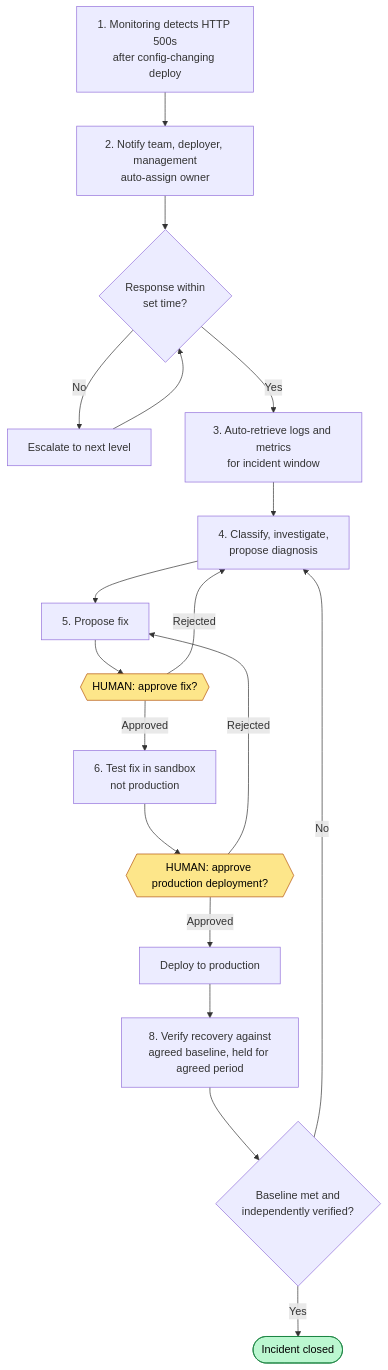
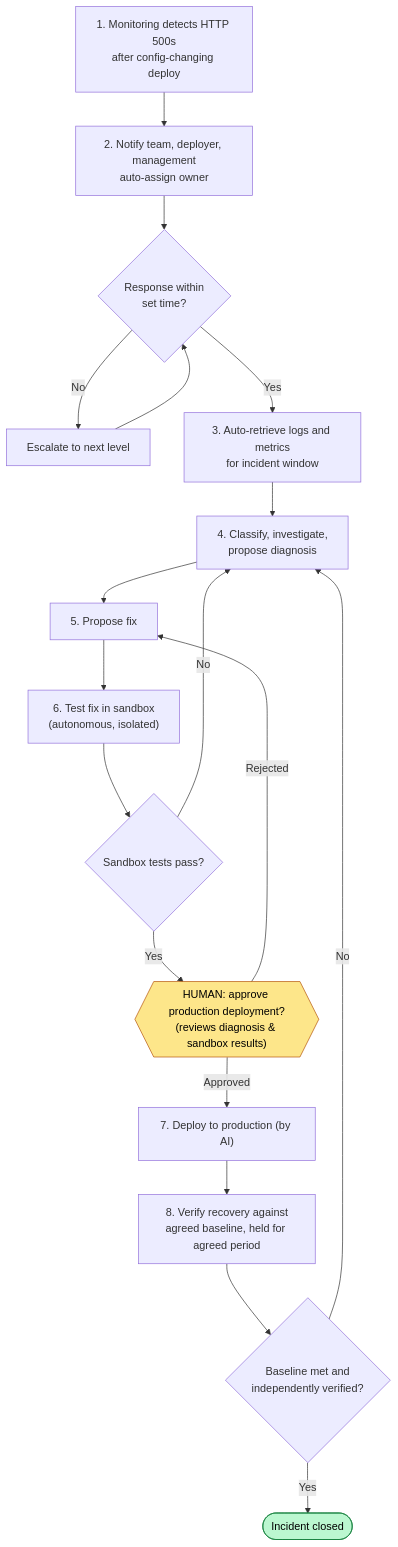
The fifth of 17 diagrams in artifacts/product_requirement.md (DiwasDev/AI-SRE), drawn with Mermaid before and after one commit. The commit also changed other lines of this file and 1 other file, not shown here.

Commit message:
Update approval flow to single-gate and support multi-provider LLM fallback

````diff
--- a/artifacts/product_requirement.md
+++ b/artifacts/product_requirement.md
@@ -136,31 +136,30 @@
 ```mermaid
 flowchart TD
     S1["1. Monitoring detects HTTP 500s<br/>after config-changing deploy"]
     S2["2. Notify team, deployer, management<br/>auto-assign owner"]
     ESC{"Response within<br/>set time?"}
     ESC2["Escalate to next level"]
     S3["3. Auto-retrieve logs and metrics<br/>for incident window"]
     S4["4. Classify, investigate,<br/>propose diagnosis"]
     S5["5. Propose fix"]
-    H1{{"HUMAN: approve fix?"}}
-    S6["6. Test fix in sandbox<br/>not production"]
-    H2{{"HUMAN: approve production deployment?"}}
-    S7["Deploy to production"]
+    S6["6. Test fix in sandbox<br/>(autonomous, isolated)"]
+    SBT{"Sandbox tests pass?"}
+    H1{{"HUMAN: approve production deployment?<br/>(reviews diagnosis & sandbox results)"}}
+    S7["7. Deploy to production (by AI)"]
     S8["8. Verify recovery against<br/>agreed baseline, held for agreed period"]
     OK{"Baseline met and<br/>independently verified?"}
     CLOSE(["Incident closed"])
 
     S1 --> S2 --> ESC
     ESC -- No --> ESC2 --> ESC
-    ESC -- Yes --> S3 --> S4 --> S5 --> H1
-    H1 -- Rejected --> S4
-    H1 -- Approved --> S6 --> H2
-    H2 -- Rejected --> S5
-    H2 -- Approved --> S7 --> S8 --> OK
+    ESC -- Yes --> S3 --> S4 --> S5 --> S6 --> SBT
+    SBT -- No --> S4
+    SBT -- Yes --> H1
+    H1 -- Rejected --> S5
+    H1 -- Approved --> S7 --> S8 --> OK
     OK -- No --> S4
     OK -- Yes --> CLOSE
 
     style H1 fill:#fde68a,stroke:#b45309,color:#000
-    style H2 fill:#fde68a,stroke:#b45309,color:#000
     style CLOSE fill:#bbf7d0,stroke:#15803d,color:#000
 ```
````
